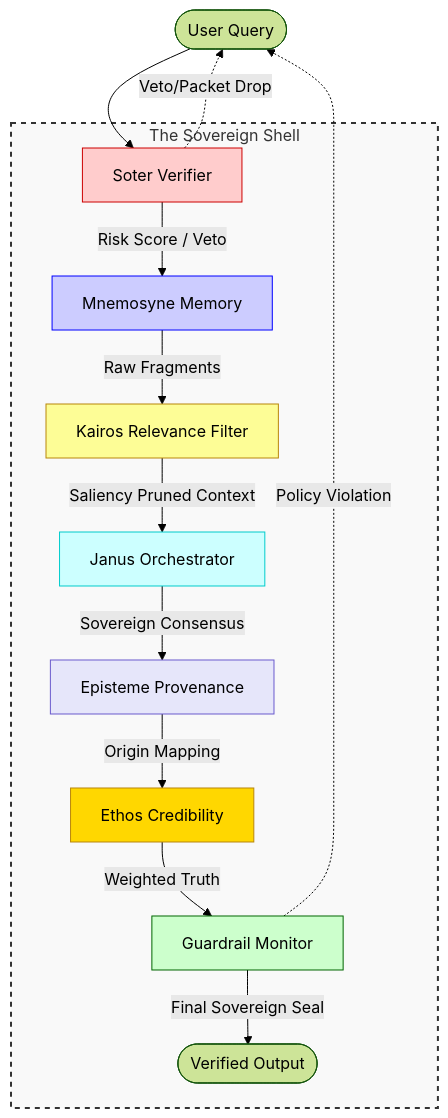
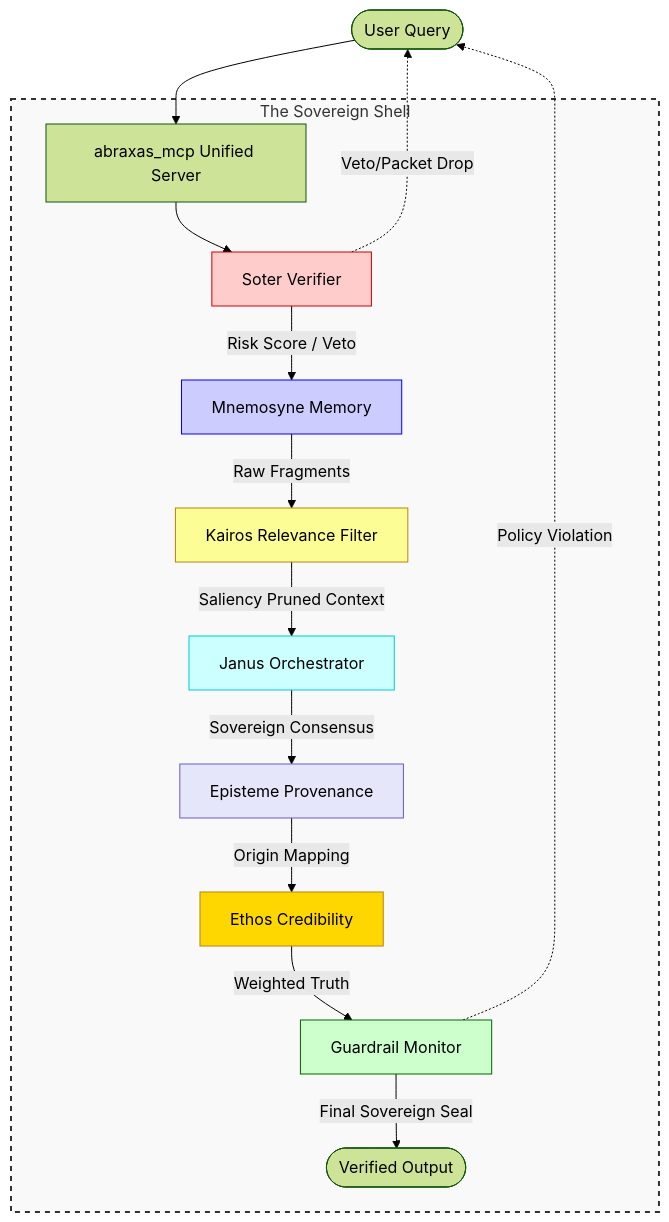
One commit to TylerGarlick/abraxas changed the first of 3 diagrams in docs/architecture/brain-diagram.md. Above: the diagram before and after it, drawn with Mermaid (forest theme). The commit also changed other lines of this file and 57 other files, not shown here.

````diff
--- a/docs/architecture/brain-diagram.md
+++ b/docs/architecture/brain-diagram.md
@@ -10,26 +10,27 @@
 ```mermaid
 graph TD
-    User([User Query]) --> Soter[Soter Verifier]
+    User([User Query]) --> UnifiedMCP[abraxas_mcp Unified Server]
     
     subgraph Deterministic_Shell [The Sovereign Shell]
+        UnifiedMCP --> Soter[Soter Verifier]
         Soter -->|Risk Score / Veto| Mnemosyne[Mnemosyne Memory]
         Mnemosyne -->|Raw Fragments| Kairos[Kairos Relevance Filter]
         Kairos -->|Saliency Pruned Context| Janus[Janus Orchestrator]
         Janus -->|Sovereign Consensus| Episteme[Episteme Provenance]
         Episteme -->|Origin Mapping| Ethos[Ethos Credibility]
         Ethos -->|Weighted Truth| Guardrail[Guardrail Monitor]
         Guardrail -->|Final Sovereign Seal| Output([Verified Output])
     end
-
+    
     Soter -.->|Veto/Packet Drop| User
     Guardrail -.->|Policy Violation| User
-
+    
     style Deterministic_Shell fill:#f9f9f9,stroke:#333,stroke-width:2px,stroke-dasharray: 5 5
     style Soter fill:#ffcccc,stroke:#cc0000
     style Mnemosyne fill:#ccf,stroke:#0000ff
     style Kairos fill:#fdfd96,stroke:#b8860b
     style Janus fill:#cff,stroke:#00cccc
     style Episteme fill:#e6e6fa,stroke:#6a5acd
     style Ethos fill:#ffd700,stroke:#b8860b
     style Guardrail fill:#ccffcc,stroke:#006600
 ```
````
